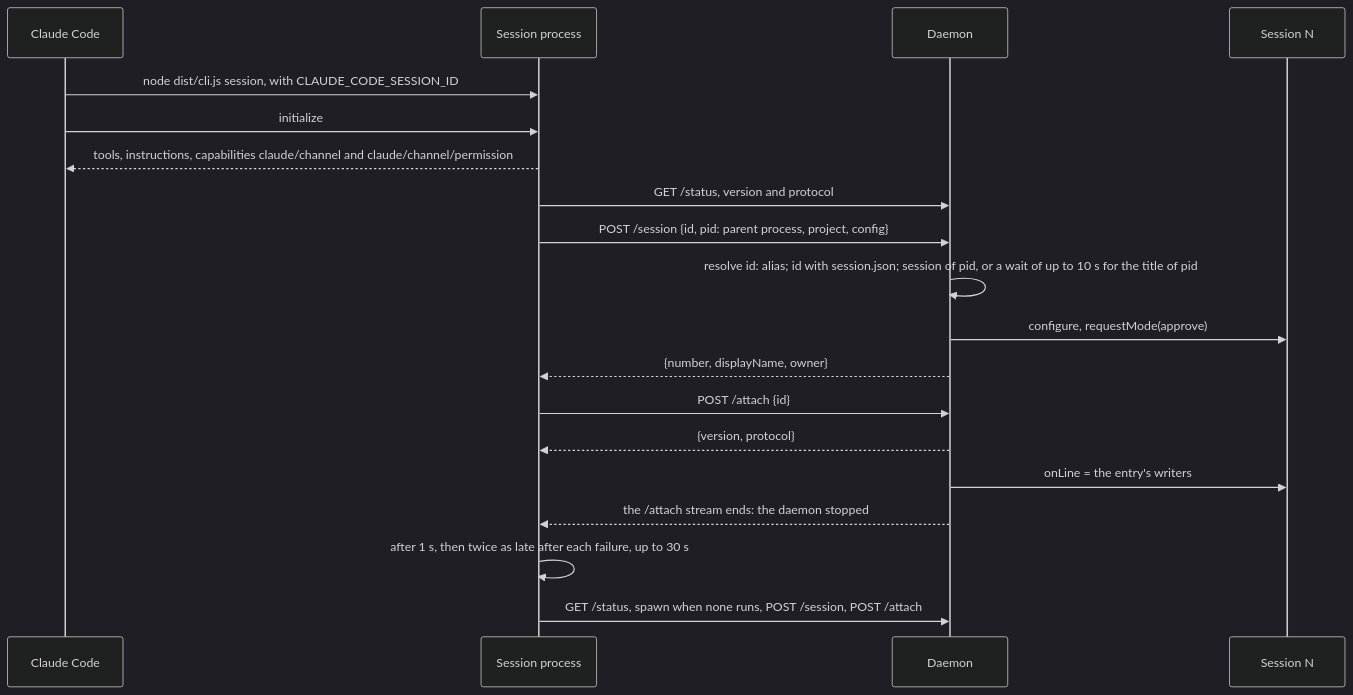
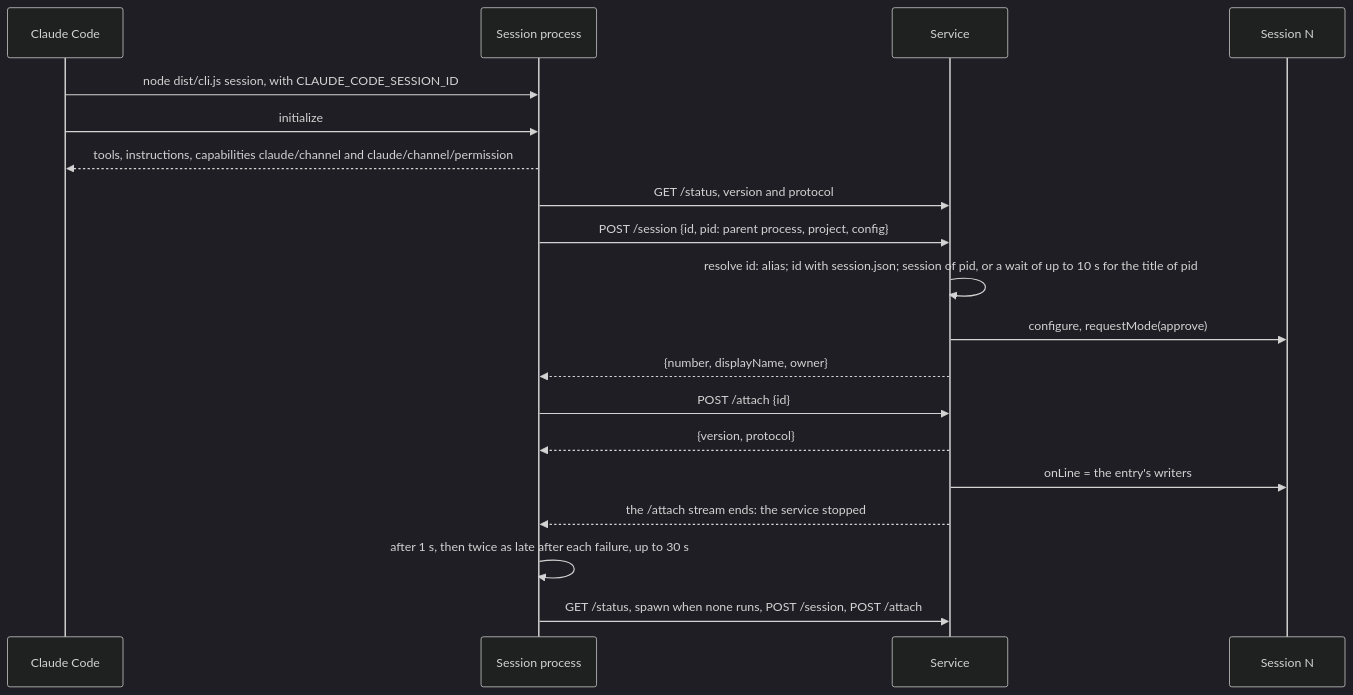
One commit to simplex-chat/simplex-chat changed diagram 18 of 30 in packages/simplex-chat-mcp/spec/flows.md. Above: the diagram before and after it, drawn with Mermaid (dark theme). The commit also changed other lines of this file and 28 other files, not shown here.

Commit message:
mcp: rename the plugin's daemon to the service

````diff
--- a/packages/simplex-chat-mcp/spec/flows.md
+++ b/packages/simplex-chat-mcp/spec/flows.md
@@ -823,21 +823,21 @@
 ```mermaid
 sequenceDiagram
   participant CC as Claude Code
   participant S as Session process
-  participant D as Daemon
+  participant D as Service
   participant N as Session N
   CC->>S: node dist/cli.js session, with CLAUDE_CODE_SESSION_ID
   CC->>S: initialize
   S-->>CC: tools, instructions, capabilities claude/channel and claude/channel/permission
   S->>D: GET /status, version and protocol
   S->>D: POST /session {id, pid: parent process, project, config}
   D->>D: resolve id: alias#59; id with session.json#59; session of pid, or a wait of up to 10 s for the title of pid
   D->>N: configure, requestMode(approve)
   D-->>S: {number, displayName, owner}
   S->>D: POST /attach {id}
   D-->>S: {version, protocol}
   D->>N: onLine = the entry's writers
-  D-->>S: the /attach stream ends: the daemon stopped
+  D-->>S: the /attach stream ends: the service stopped
   S->>S: after 1 s, then twice as late after each failure, up to 30 s
   S->>D: GET /status, spawn when none runs, POST /session, POST /attach
 ```
````
